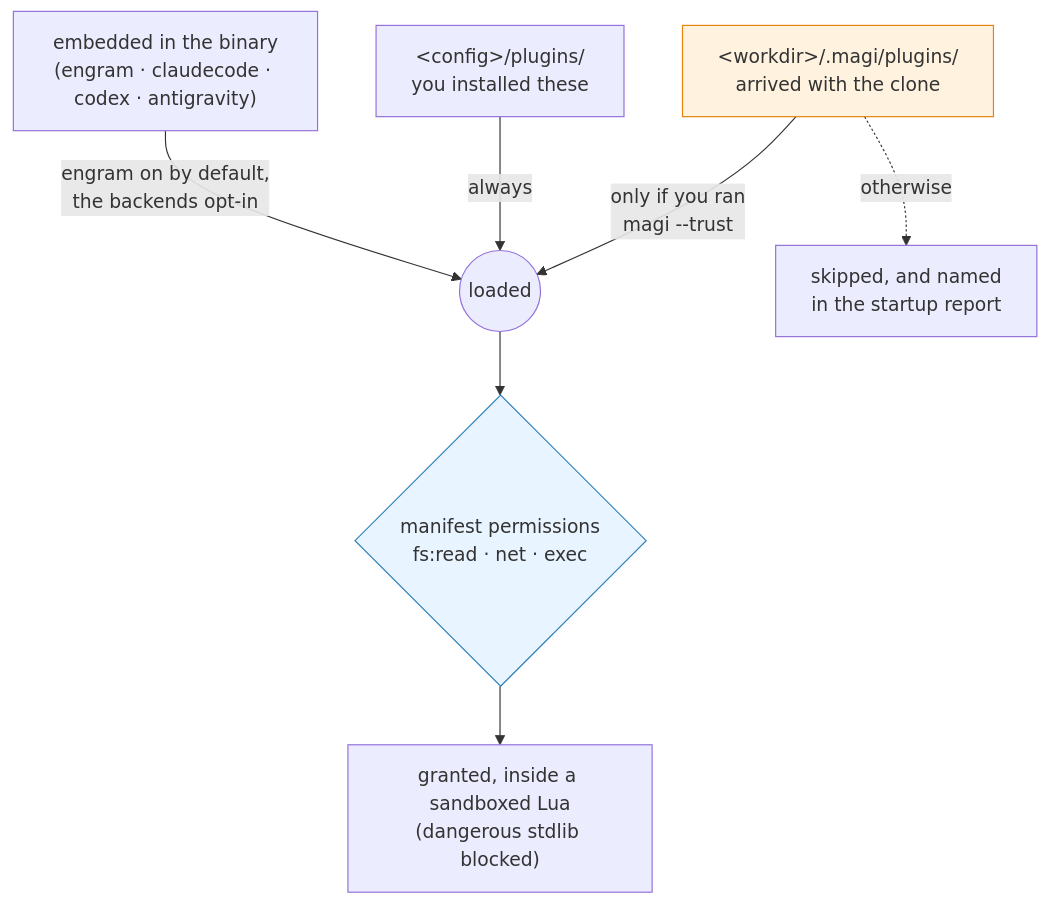
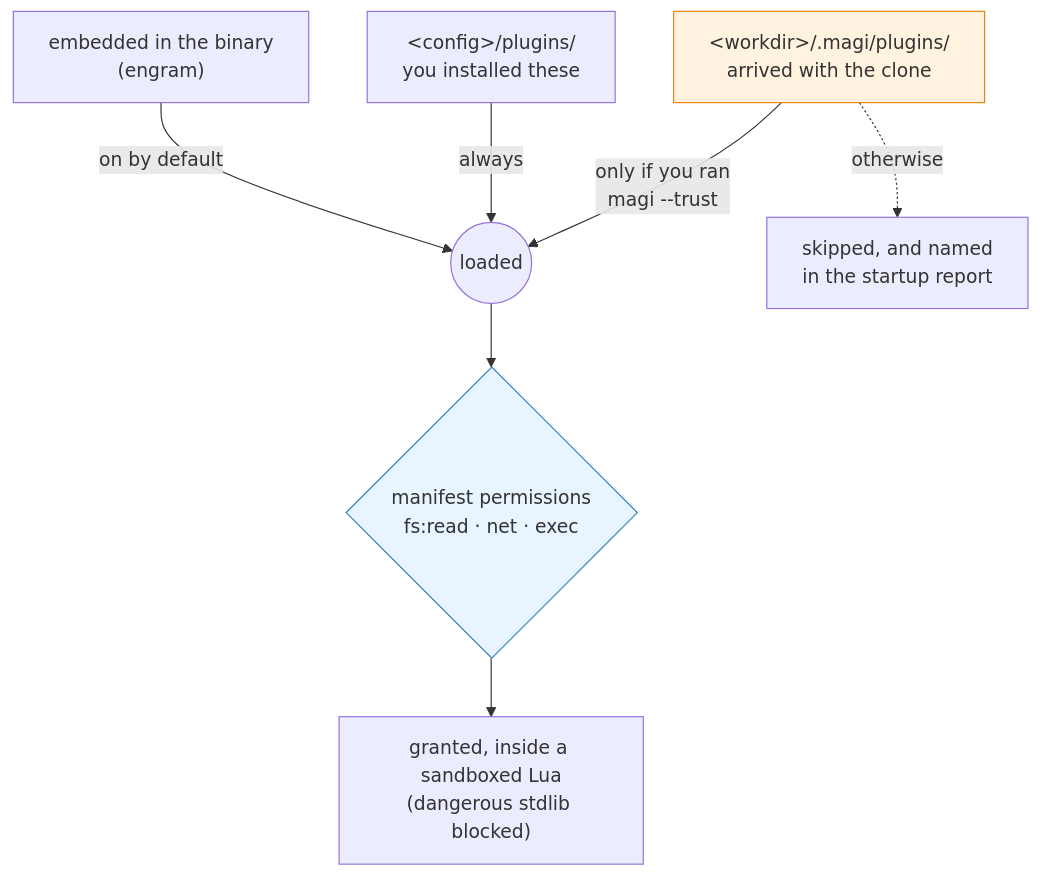
One commit to sayaya1090/magi changed diagram 11 of 19 in docs/MANUAL.md. Above: the diagram before and after it, drawn with Mermaid. The commit also changed other lines of this file and 27 other files, not shown here.

````diff
--- a/docs/MANUAL.md
+++ b/docs/MANUAL.md
@@ -1431,12 +1429,12 @@
 ```mermaid
 flowchart TD
-    E["embedded in the binary<br/>(engram · claudecode · codex · antigravity)"] -->|"engram on by default,<br/>the backends opt-in"| L((loaded))
+    E["embedded in the binary<br/>(engram)"] -->|"on by default"| L((loaded))
     G["&lt;config&gt;/plugins/<br/>you installed these"] -->|"always"| L
     W["&lt;workdir&gt;/.magi/plugins/<br/>arrived with the clone"] -->|"only if you ran<br/>magi --trust"| L
     W -.->|"otherwise"| S["skipped, and named<br/>in the startup report"]
     L --> P{"manifest permissions<br/>fs:read · net · exec"}
     P --> R["granted, inside a sandboxed Lua<br/>(dangerous stdlib blocked)"]
 
     style W fill:#fff3e0,stroke:#e8820c
     style P fill:#e8f4ff,stroke:#2c7fb8
 ```
````
